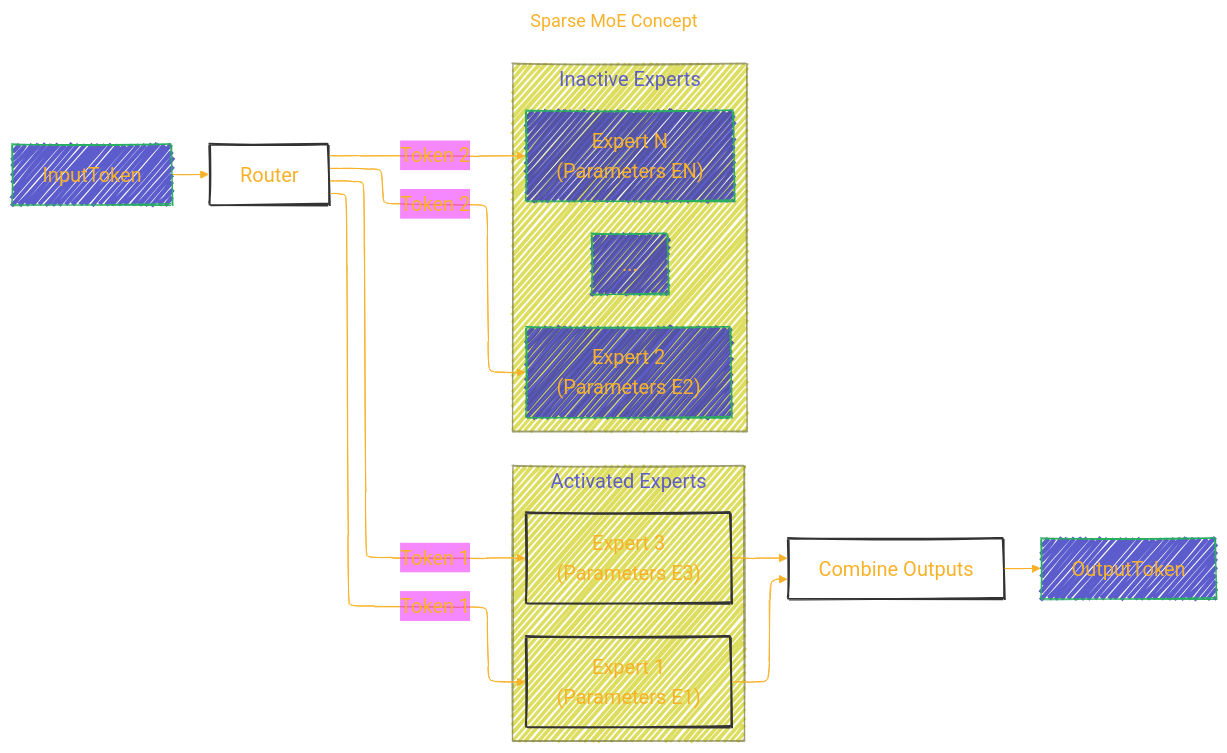
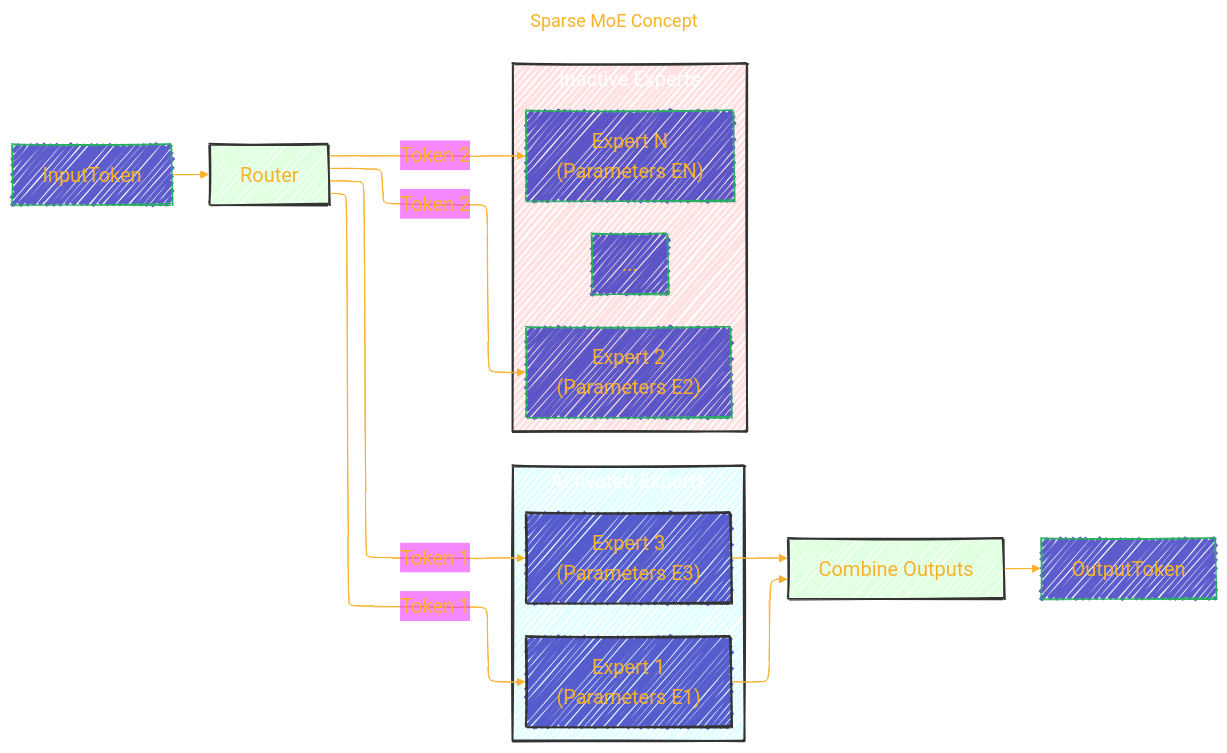
Before and after one commit to CongLeSolutionX/Synthetic-Zooniverse: the third of 11 diagrams in GOOGLE/GEMINI_FAMILY/gemini_v2_5_report.md, drawn with Mermaid. The commit also changed other lines of this file, not shown here.

````diff
--- a/GOOGLE/GEMINI_FAMILY/gemini_v2_5_report.md
+++ b/GOOGLE/GEMINI_FAMILY/gemini_v2_5_report.md
@@ -240,60 +240,62 @@
 ```mermaid
 ---
 title: "Sparse MoE Concept"
 author: "Cong Le"
 version: "1.0"
 license(s): "MIT, CC BY-SA 4.0"
 copyright: "Copyright (c) 2025 Cong Le. All Rights Reserved."
 config:
   layout: elk
   theme: base
   look: handDrawn
 ---
 %%%%%%%% Mermaid version v11.4.1-b.14
 %%%%%%%% Available curve styles include the following keywords:
 %% basis, bumpX, bumpY, cardinal, catmullRom, linear, monotoneX, monotoneY, natural, step, stepAfter, stepBefore.
 %%{
   init: {
     'flowchart': { 'htmlLabels': true, 'curve': 'basis' },
     'fontFamily': 'American Typewriter, monospace',
     'logLevel': 'fatal',
     'themeVariables': {
       'primaryColor': '#22BB',
       'primaryTextColor': '#F8B229',
       'lineColor': '#F8B229',
       'primaryBorderColor': '#27AE60',
       'secondaryColor': '#E2F1',
       'secondaryTextColor': '#6C3483',
       'secondaryBorderColor': '#A569BD',
       'fontSize': '20px'
     }
   }
 }%%
 flowchart LR
     InputToken --> Router
     Router -- "Token 1" --> Expert1["Expert 1<br/>(Parameters E1)"]
     Router -- "Token 1" --> Expert3["Expert 3<br/>(Parameters E3)"]
     Router -- "Token 2" --> Expert2["Expert 2<br/>(Parameters E2)"]
     Router -- "Token 2" --> ExpertN["Expert N<br/>(Parameters EN)"]
 
     subgraph Activated_Experts["Activated Experts"]
+    style Activated_Experts fill:#2FF2,stroke:#333,stroke-width:2px, color: #FFFF
         Expert1
         Expert3
     end
 
     subgraph Inactive_Experts["Inactive Experts"]
+    style Inactive_Experts fill:#f222,stroke:#333,stroke-width:2px, color: #FFFF
         Expert2
         ExpertN
         ExpertOther["..."]
     end
 
     Expert1 --> Combine["Combine Outputs"]
     Expert3 --> Combine
 
     Combine --> OutputToken
 
-    style Router fill:#lightgrey,stroke:#333,stroke-width:2px
-    style Expert1 fill:#lightblue,stroke:#333,stroke-width:2px
-    style Expert3 fill:#lightblue,stroke:#333,stroke-width:2px
-    style Combine fill:#lightgreen,stroke:#333,stroke-width:2px
+    style Router fill:#2F22,stroke:#333,stroke-width:2px
+    style Expert1 fill:#22BB,stroke:#333,stroke-width:2px
+    style Expert3 fill:#22BB,stroke:#333,stroke-width:2px
+    style Combine fill:#2F22,stroke:#333,stroke-width:2px
 ```
````
